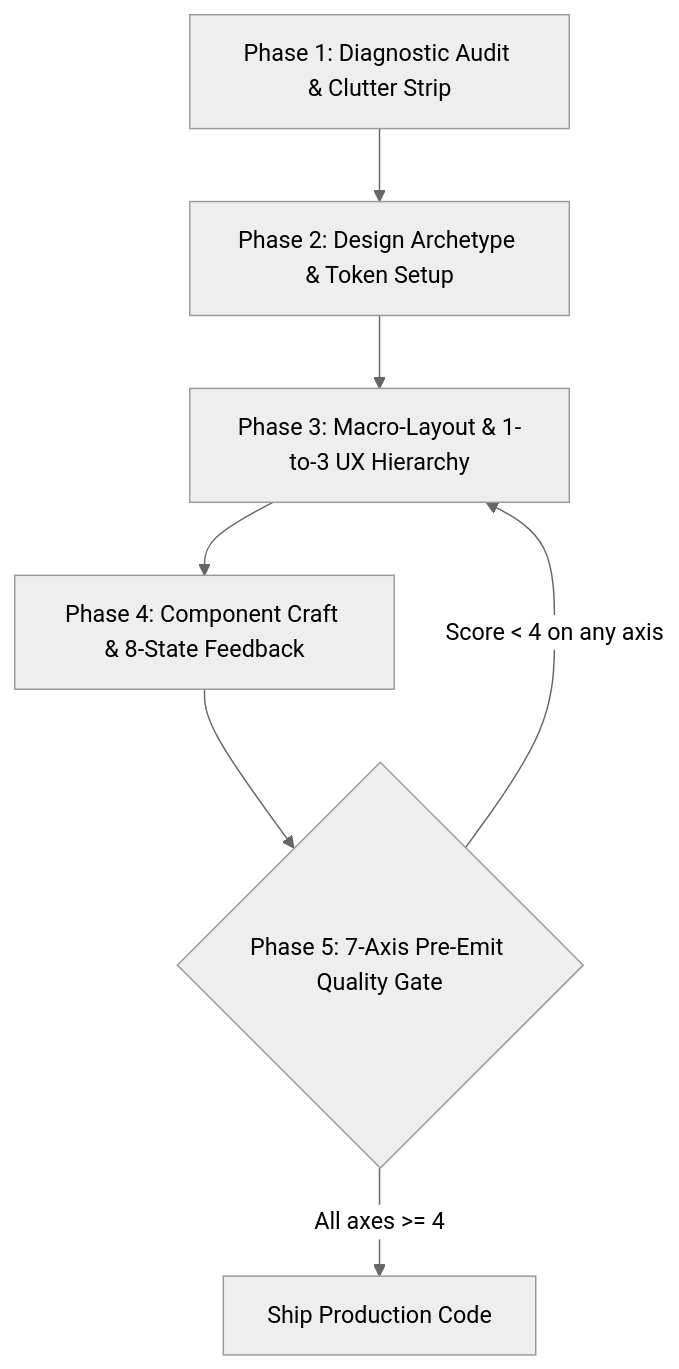
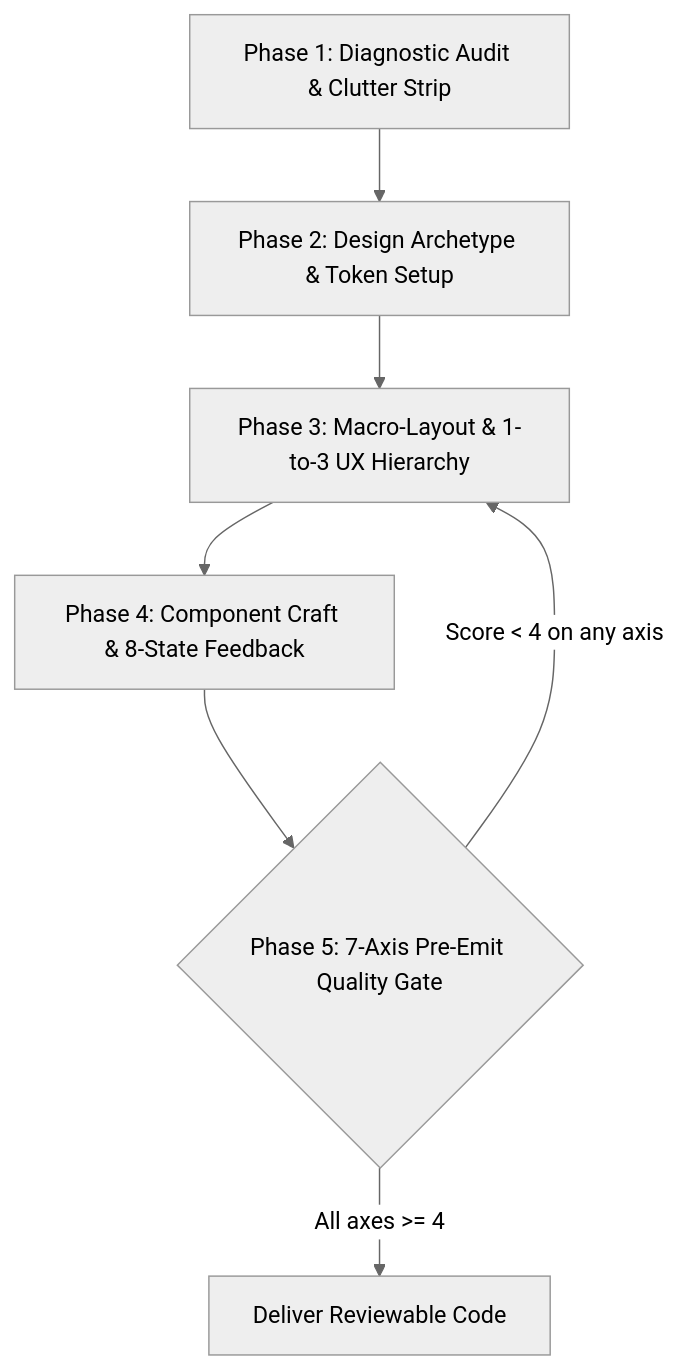
Before and after one commit to mytricker0/my-claude-skills: the diagram in skills/anti-slop-design/SKILL.md, drawn with Mermaid (neutral theme). The commit also changed other lines of this file and 5556 other files, not shown here.

````diff
--- a/skills/anti-slop-design/SKILL.md
+++ b/skills/anti-slop-design/SKILL.md
@@ -317,9 +322,9 @@
 ```mermaid
 flowchart TD
     P1["Phase 1: Diagnostic Audit & Clutter Strip"] --> P2["Phase 2: Design Archetype & Token Setup"]
     P2 --> P3["Phase 3: Macro-Layout & 1-to-3 UX Hierarchy"]
     P3 --> P4["Phase 4: Component Craft & 8-State Feedback"]
     P4 --> P5{"Phase 5: 7-Axis Pre-Emit Quality Gate"}
     P5 -- "Score < 4 on any axis" --> P3
-    P5 -- "All axes >= 4" --> Output["Ship Production Code"]
+    P5 -- "All axes >= 4" --> Output["Deliver Reviewable Code"]
 ```
````
